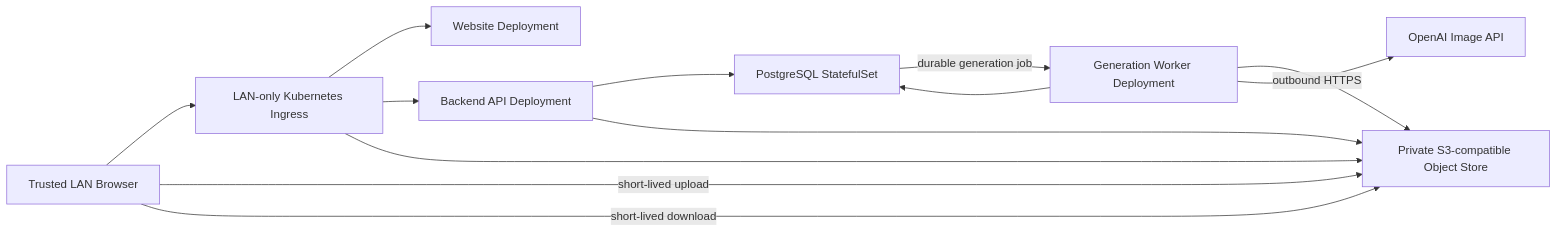
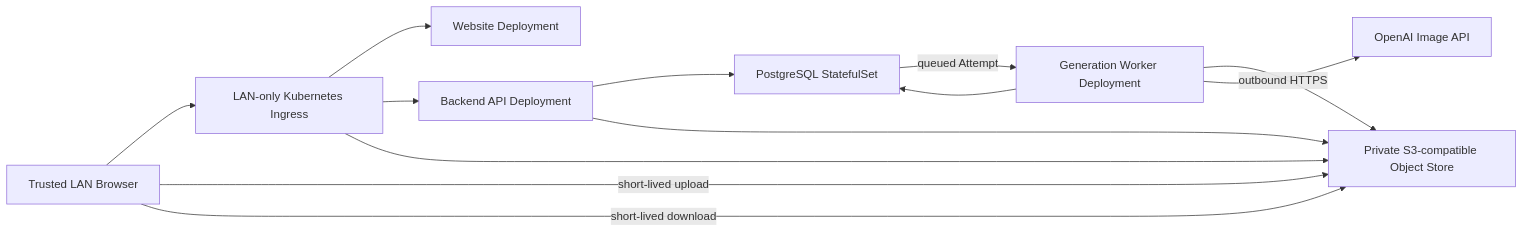
The diagram in docs/ai-artist/lld/milestone-1-lld-05-runtime-security-ops.md (tongking6/ai-artist), drawn with Mermaid before and after one commit. The commit also changed other lines of this file and 8 other files, not shown here.

````diff
--- a/docs/ai-artist/lld/milestone-1-lld-05-runtime-security-ops.md
+++ b/docs/ai-artist/lld/milestone-1-lld-05-runtime-security-ops.md
@@ -46,15 +46,15 @@
 ```mermaid
 flowchart LR
   U["Trusted LAN Browser"] --> I["LAN-only Kubernetes Ingress"]
   I --> WB["Website Deployment"]
   I --> API["Backend API Deployment"]
   I --> OS["Private S3-compatible Object Store"]
   API --> DB["PostgreSQL StatefulSet"]
   API --> OS
   U -->|short-lived upload| OS
-  DB -->|durable generation job| GW["Generation Worker Deployment"]
+  DB -->|queued Attempt| GW["Generation Worker Deployment"]
   GW --> OS
   GW --> DB
   GW -->|outbound HTTPS| P["OpenAI Image API"]
   U -->|short-lived download| OS
 ```
````
